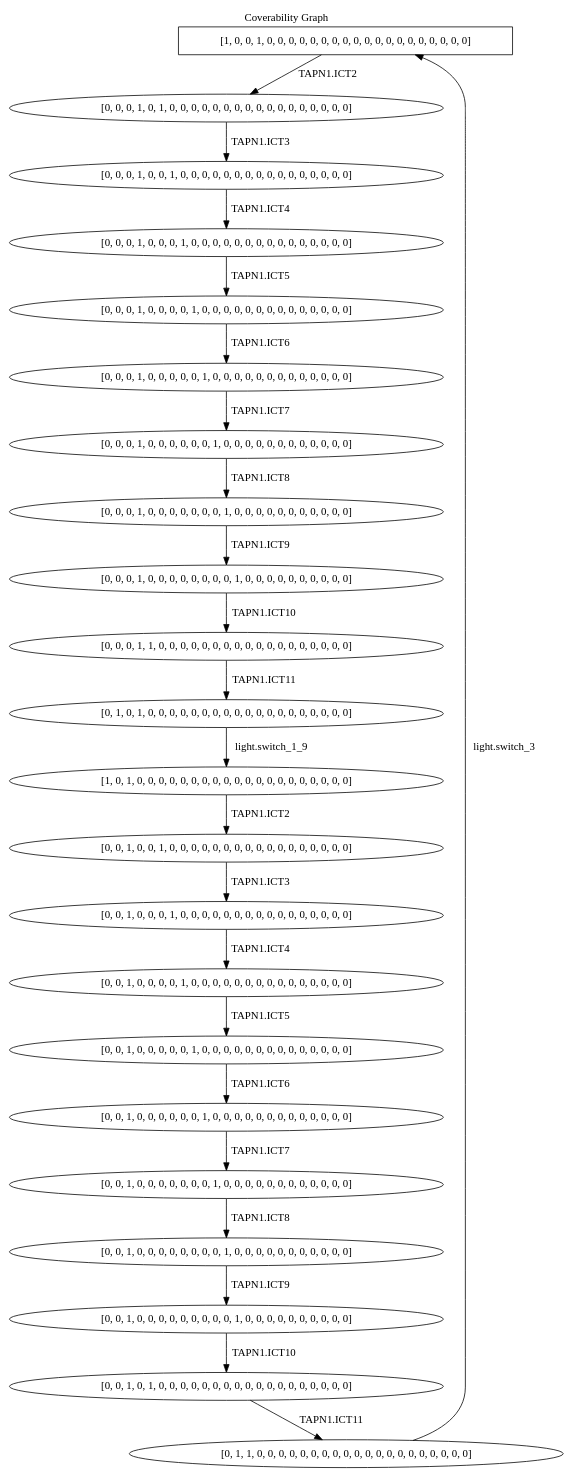
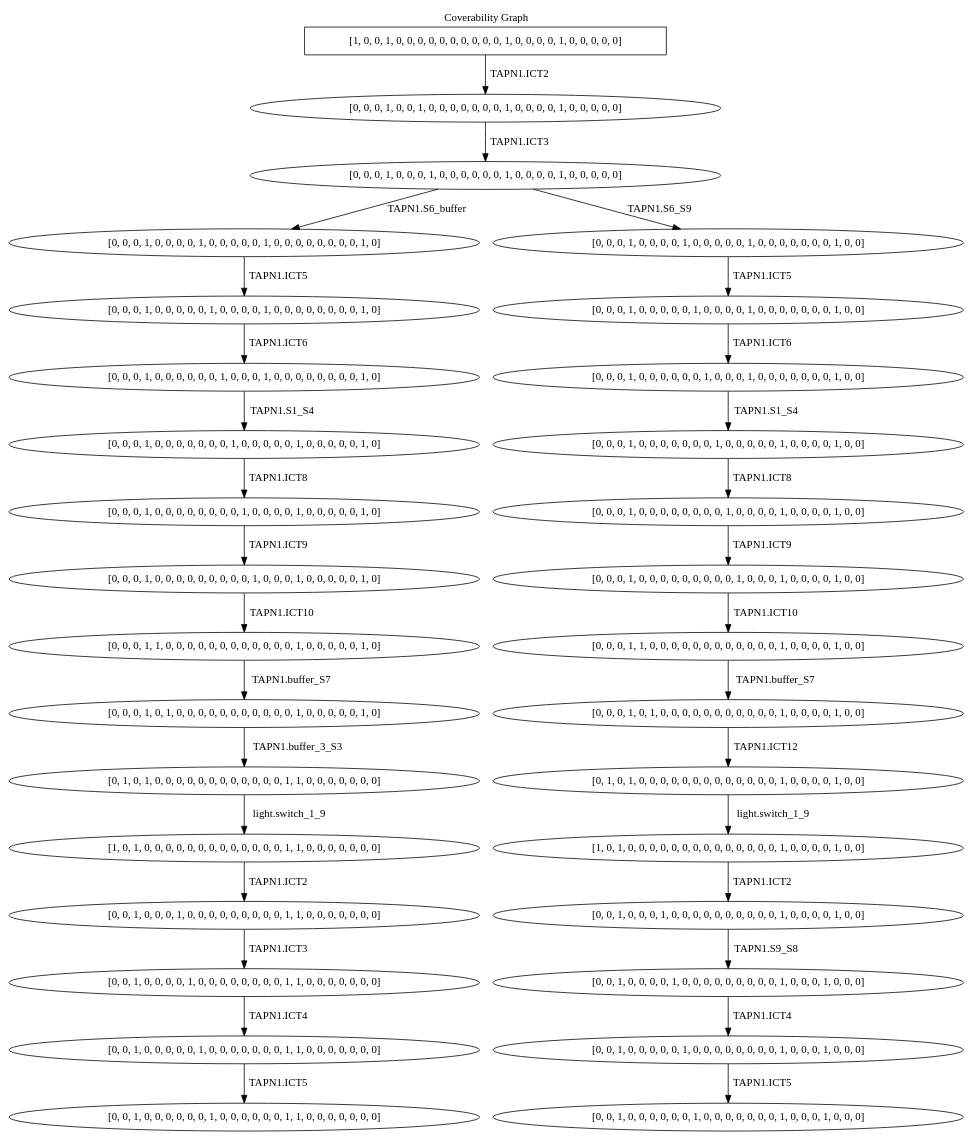
One commit to tdooms/mosis changed the diagram in 4-petri-nets/dot/coverability.dot. Above: the diagram before and after it, drawn with Graphviz. The commit also changed 1 other file, not shown here.

Commit message:
updated coverability and reachability graphs

```diff
--- a/4-petri-nets/dot/coverability.dot
+++ b/4-petri-nets/dot/coverability.dot
@@ -1,48 +1,65 @@
 digraph CG {
   label="Coverability Graph";
   labelloc=t;
-  S0 [shape=box, label="[1, 0, 0, 1, 0, 0, 0, 0, 0, 0, 0, 0, 0, 0, 0, 0, 0, 0, 0, 0, 0, 0, 0]"];
-  S1 [label="[0, 0, 0, 1, 0, 1, 0, 0, 0, 0, 0, 0, 0, 0, 0, 0, 0, 0, 0, 0, 0, 0, 0]"];
-  S2 [label="[0, 0, 0, 1, 0, 0, 1, 0, 0, 0, 0, 0, 0, 0, 0, 0, 0, 0, 0, 0, 0, 0, 0]"];
-  S3 [label="[0, 0, 0, 1, 0, 0, 0, 1, 0, 0, 0, 0, 0, 0, 0, 0, 0, 0, 0, 0, 0, 0, 0]"];
-  S4 [label="[0, 0, 0, 1, 0, 0, 0, 0, 1, 0, 0, 0, 0, 0, 0, 0, 0, 0, 0, 0, 0, 0, 0]"];
-  S5 [label="[0, 0, 0, 1, 0, 0, 0, 0, 0, 1, 0, 0, 0, 0, 0, 0, 0, 0, 0, 0, 0, 0, 0]"];
-  S6 [label="[0, 0, 0, 1, 0, 0, 0, 0, 0, 0, 1, 0, 0, 0, 0, 0, 0, 0, 0, 0, 0, 0, 0]"];
-  S7 [label="[0, 0, 0, 1, 0, 0, 0, 0, 0, 0, 0, 1, 0, 0, 0, 0, 0, 0, 0, 0, 0, 0, 0]"];
-  S8 [label="[0, 0, 0, 1, 0, 0, 0, 0, 0, 0, 0, 0, 1, 0, 0, 0, 0, 0, 0, 0, 0, 0, 0]"];
-  S9 [label="[0, 0, 0, 1, 1, 0, 0, 0, 0, 0, 0, 0, 0, 0, 0, 0, 0, 0, 0, 0, 0, 0, 0]"];
-  S10 [label="[0, 1, 0, 1, 0, 0, 0, 0, 0, 0, 0, 0, 0, 0, 0, 0, 0, 0, 0, 0, 0, 0, 0]"];
-  S11 [label="[1, 0, 1, 0, 0, 0, 0, 0, 0, 0, 0, 0, 0, 0, 0, 0, 0, 0, 0, 0, 0, 0, 0]"];
-  S12 [label="[0, 0, 1, 0, 0, 1, 0, 0, 0, 0, 0, 0, 0, 0, 0, 0, 0, 0, 0, 0, 0, 0, 0]"];
-  S13 [label="[0, 0, 1, 0, 0, 0, 1, 0, 0, 0, 0, 0, 0, 0, 0, 0, 0, 0, 0, 0, 0, 0, 0]"];
-  S14 [label="[0, 0, 1, 0, 0, 0, 0, 1, 0, 0, 0, 0, 0, 0, 0, 0, 0, 0, 0, 0, 0, 0, 0]"];
-  S15 [label="[0, 0, 1, 0, 0, 0, 0, 0, 1, 0, 0, 0, 0, 0, 0, 0, 0, 0, 0, 0, 0, 0, 0]"];
-  S16 [label="[0, 0, 1, 0, 0, 0, 0, 0, 0, 1, 0, 0, 0, 0, 0, 0, 0, 0, 0, 0, 0, 0, 0]"];
-  S17 [label="[0, 0, 1, 0, 0, 0, 0, 0, 0, 0, 1, 0, 0, 0, 0, 0, 0, 0, 0, 0, 0, 0, 0]"];
-  S18 [label="[0, 0, 1, 0, 0, 0, 0, 0, 0, 0, 0, 1, 0, 0, 0, 0, 0, 0, 0, 0, 0, 0, 0]"];
-  S19 [label="[0, 0, 1, 0, 0, 0, 0, 0, 0, 0, 0, 0, 1, 0, 0, 0, 0, 0, 0, 0, 0, 0, 0]"];
-  S20 [label="[0, 0, 1, 0, 1, 0, 0, 0, 0, 0, 0, 0, 0, 0, 0, 0, 0, 0, 0, 0, 0, 0, 0]"];
-  S21 [label="[0, 1, 1, 0, 0, 0, 0, 0, 0, 0, 0, 0, 0, 0, 0, 0, 0, 0, 0, 0, 0, 0, 0]"];
+  S0 [shape=box, label="[1, 0, 0, 1, 0, 0, 0, 0, 0, 0, 0, 0, 0, 0, 1, 0, 0, 0, 0, 1, 0, 0, 0, 0, 0]"];
+  S1 [label="[0, 0, 0, 1, 0, 0, 1, 0, 0, 0, 0, 0, 0, 0, 1, 0, 0, 0, 0, 1, 0, 0, 0, 0, 0]"];
+  S2 [label="[0, 0, 0, 1, 0, 0, 0, 1, 0, 0, 0, 0, 0, 0, 1, 0, 0, 0, 0, 1, 0, 0, 0, 0, 0]"];
+  S3 [label="[0, 0, 0, 1, 0, 0, 0, 0, 1, 0, 0, 0, 0, 0, 1, 0, 0, 0, 0, 0, 0, 0, 0, 1, 0]"];
+  S4 [label="[0, 0, 0, 1, 0, 0, 0, 0, 1, 0, 0, 0, 0, 0, 1, 0, 0, 0, 0, 0, 0, 0, 1, 0, 0]"];
+  S5 [label="[0, 0, 0, 1, 0, 0, 0, 0, 0, 1, 0, 0, 0, 0, 1, 0, 0, 0, 0, 0, 0, 0, 1, 0, 0]"];
+  S6 [label="[0, 0, 0, 1, 0, 0, 0, 0, 0, 0, 1, 0, 0, 0, 1, 0, 0, 0, 0, 0, 0, 0, 1, 0, 0]"];
+  S7 [label="[0, 0, 0, 1, 0, 0, 0, 0, 0, 0, 0, 1, 0, 0, 0, 0, 0, 1, 0, 0, 0, 0, 1, 0, 0]"];
+  S8 [label="[0, 0, 0, 1, 0, 0, 0, 0, 0, 0, 0, 0, 1, 0, 0, 0, 0, 1, 0, 0, 0, 0, 1, 0, 0]"];
+  S9 [label="[0, 0, 0, 1, 0, 0, 0, 0, 0, 0, 0, 0, 0, 1, 0, 0, 0, 1, 0, 0, 0, 0, 1, 0, 0]"];
+  S10 [label="[0, 0, 0, 1, 1, 0, 0, 0, 0, 0, 0, 0, 0, 0, 0, 0, 0, 1, 0, 0, 0, 0, 1, 0, 0]"];
+  S11 [label="[0, 0, 0, 1, 0, 1, 0, 0, 0, 0, 0, 0, 0, 0, 0, 0, 0, 1, 0, 0, 0, 0, 1, 0, 0]"];
+  S12 [label="[0, 1, 0, 1, 0, 0, 0, 0, 0, 0, 0, 0, 0, 0, 0, 0, 0, 1, 0, 0, 0, 0, 1, 0, 0]"];
+  S13 [label="[1, 0, 1, 0, 0, 0, 0, 0, 0, 0, 0, 0, 0, 0, 0, 0, 0, 1, 0, 0, 0, 0, 1, 0, 0]"];
+  S14 [label="[0, 0, 1, 0, 0, 0, 1, 0, 0, 0, 0, 0, 0, 0, 0, 0, 0, 1, 0, 0, 0, 0, 1, 0, 0]"];
+  S15 [label="[0, 0, 1, 0, 0, 0, 0, 1, 0, 0, 0, 0, 0, 0, 0, 0, 0, 1, 0, 0, 0, 1, 0, 0, 0]"];
+  S16 [label="[0, 0, 1, 0, 0, 0, 0, 0, 1, 0, 0, 0, 0, 0, 0, 0, 0, 1, 0, 0, 0, 1, 0, 0, 0]"];
+  S17 [label="[0, 0, 1, 0, 0, 0, 0, 0, 0, 1, 0, 0, 0, 0, 0, 0, 0, 1, 0, 0, 0, 1, 0, 0, 0]"];
+  S18 [label="[0, 0, 0, 1, 0, 0, 0, 0, 0, 1, 0, 0, 0, 0, 1, 0, 0, 0, 0, 0, 0, 0, 0, 1, 0]"];
+  S19 [label="[0, 0, 0, 1, 0, 0, 0, 0, 0, 0, 1, 0, 0, 0, 1, 0, 0, 0, 0, 0, 0, 0, 0, 1, 0]"];
+  S20 [label="[0, 0, 0, 1, 0, 0, 0, 0, 0, 0, 0, 1, 0, 0, 0, 0, 0, 1, 0, 0, 0, 0, 0, 1, 0]"];
+  S21 [label="[0, 0, 0, 1, 0, 0, 0, 0, 0, 0, 0, 0, 1, 0, 0, 0, 0, 1, 0, 0, 0, 0, 0, 1, 0]"];
+  S22 [label="[0, 0, 0, 1, 0, 0, 0, 0, 0, 0, 0, 0, 0, 1, 0, 0, 0, 1, 0, 0, 0, 0, 0, 1, 0]"];
+  S23 [label="[0, 0, 0, 1, 1, 0, 0, 0, 0, 0, 0, 0, 0, 0, 0, 0, 0, 1, 0, 0, 0, 0, 0, 1, 0]"];
+  S24 [label="[0, 0, 0, 1, 0, 1, 0, 0, 0, 0, 0, 0, 0, 0, 0, 0, 0, 1, 0, 0, 0, 0, 0, 1, 0]"];
+  S25 [label="[0, 1, 0, 1, 0, 0, 0, 0, 0, 0, 0, 0, 0, 0, 0, 0, 1, 1, 0, 0, 0, 0, 0, 0, 0]"];
+  S26 [label="[1, 0, 1, 0, 0, 0, 0, 0, 0, 0, 0, 0, 0, 0, 0, 0, 1, 1, 0, 0, 0, 0, 0, 0, 0]"];
+  S27 [label="[0, 0, 1, 0, 0, 0, 1, 0, 0, 0, 0, 0, 0, 0, 0, 0, 1, 1, 0, 0, 0, 0, 0, 0, 0]"];
+  S28 [label="[0, 0, 1, 0, 0, 0, 0, 1, 0, 0, 0, 0, 0, 0, 0, 0, 1, 1, 0, 0, 0, 0, 0, 0, 0]"];
+  S29 [label="[0, 0, 1, 0, 0, 0, 0, 0, 1, 0, 0, 0, 0, 0, 0, 0, 1, 1, 0, 0, 0, 0, 0, 0, 0]"];
+  S30 [label="[0, 0, 1, 0, 0, 0, 0, 0, 0, 1, 0, 0, 0, 0, 0, 0, 1, 1, 0, 0, 0, 0, 0, 0, 0]"];
   S0 -> S1 [label="TAPN1.ICT2"];
   S1 -> S2 [label="TAPN1.ICT3"];
-  S2 -> S3 [label="TAPN1.ICT4"];
-  S3 -> S4 [label="TAPN1.ICT5"];
-  S4 -> S5 [label="TAPN1.ICT6"];
-  S5 -> S6 [label="TAPN1.ICT7"];
-  S6 -> S7 [label="TAPN1.ICT8"];
-  S7 -> S8 [label="TAPN1.ICT9"];
-  S8 -> S9 [label="TAPN1.ICT10"];
-  S9 -> S10 [label="TAPN1.ICT11"];
-  S10 -> S11 [label="light.switch_1_9"];
-  S11 -> S12 [label="TAPN1.ICT2"];
-  S12 -> S13 [label="TAPN1.ICT3"];
-  S13 -> S14 [label="TAPN1.ICT4"];
-  S14 -> S15 [label="TAPN1.ICT5"];
-  S15 -> S16 [label="TAPN1.ICT6"];
-  S16 -> S17 [label="TAPN1.ICT7"];
-  S17 -> S18 [label="TAPN1.ICT8"];
-  S18 -> S19 [label="TAPN1.ICT9"];
-  S19 -> S20 [label="TAPN1.ICT10"];
-  S20 -> S21 [label="TAPN1.ICT11"];
-  S21 -> S0 [label="light.switch_3"];
+  S2 -> S3 [label="TAPN1.S6_buffer"];
+  S2 -> S4 [label="TAPN1.S6_S9"];
+  S4 -> S5 [label="TAPN1.ICT5"];
+  S5 -> S6 [label="TAPN1.ICT6"];
+  S6 -> S7 [label="TAPN1.S1_S4"];
+  S7 -> S8 [label="TAPN1.ICT8"];
+  S8 -> S9 [label="TAPN1.ICT9"];
+  S9 -> S10 [label="TAPN1.ICT10"];
+  S10 -> S11 [label="TAPN1.buffer_S7"];
+  S11 -> S12 [label="TAPN1.ICT12"];
+  S12 -> S13 [label="light.switch_1_9"];
+  S13 -> S14 [label="TAPN1.ICT2"];
+  S14 -> S15 [label="TAPN1.S9_S8"];
+  S15 -> S16 [label="TAPN1.ICT4"];
+  S16 -> S17 [label="TAPN1.ICT5"];
+  S3 -> S18 [label="TAPN1.ICT5"];
+  S18 -> S19 [label="TAPN1.ICT6"];
+  S19 -> S20 [label="TAPN1.S1_S4"];
+  S20 -> S21 [label="TAPN1.ICT8"];
+  S21 -> S22 [label="TAPN1.ICT9"];
+  S22 -> S23 [label="TAPN1.ICT10"];
+  S23 -> S24 [label="TAPN1.buffer_S7"];
+  S24 -> S25 [label="TAPN1.buffer_3_S3"];
+  S25 -> S26 [label="light.switch_1_9"];
+  S26 -> S27 [label="TAPN1.ICT2"];
+  S27 -> S28 [label="TAPN1.ICT3"];
+  S28 -> S29 [label="TAPN1.ICT4"];
+  S29 -> S30 [label="TAPN1.ICT5"];
 }
```
